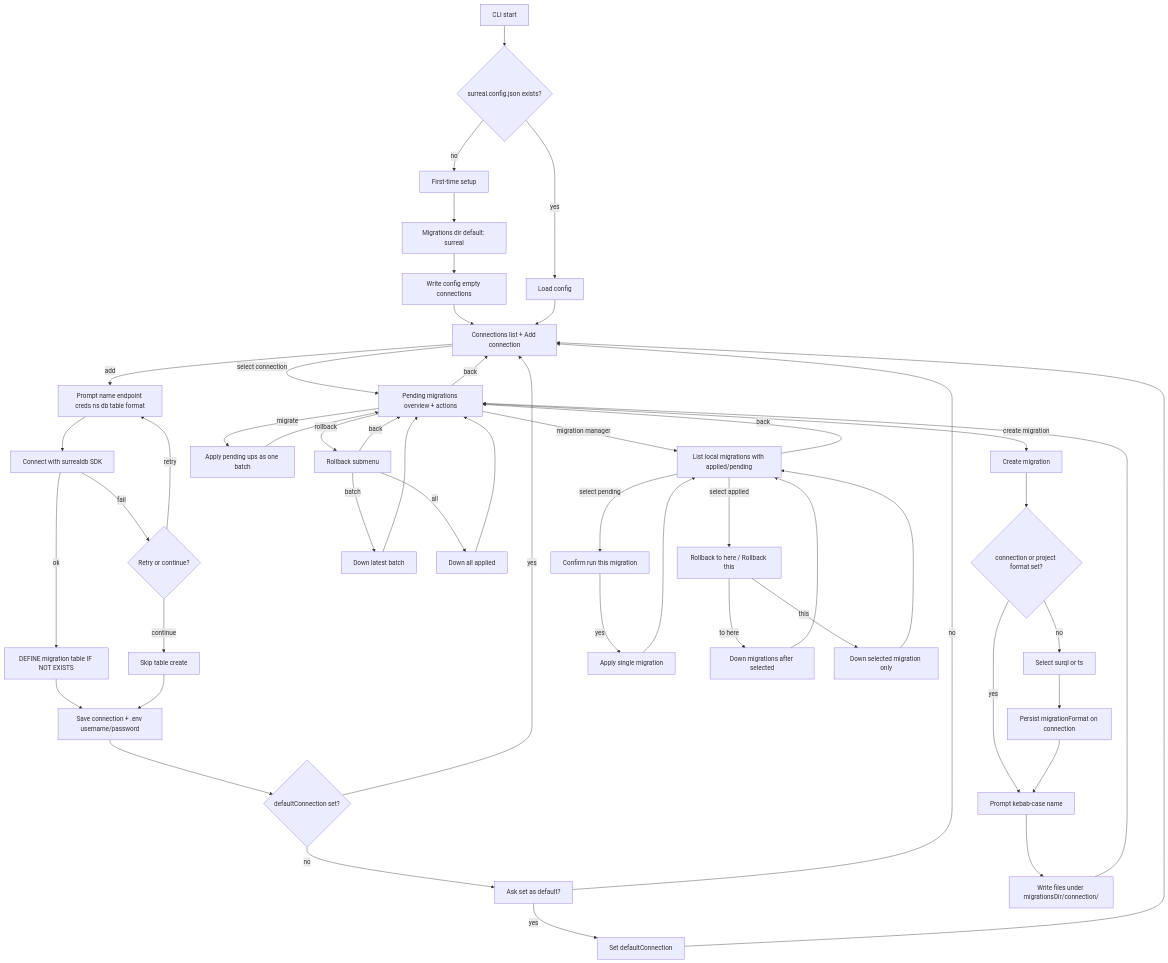
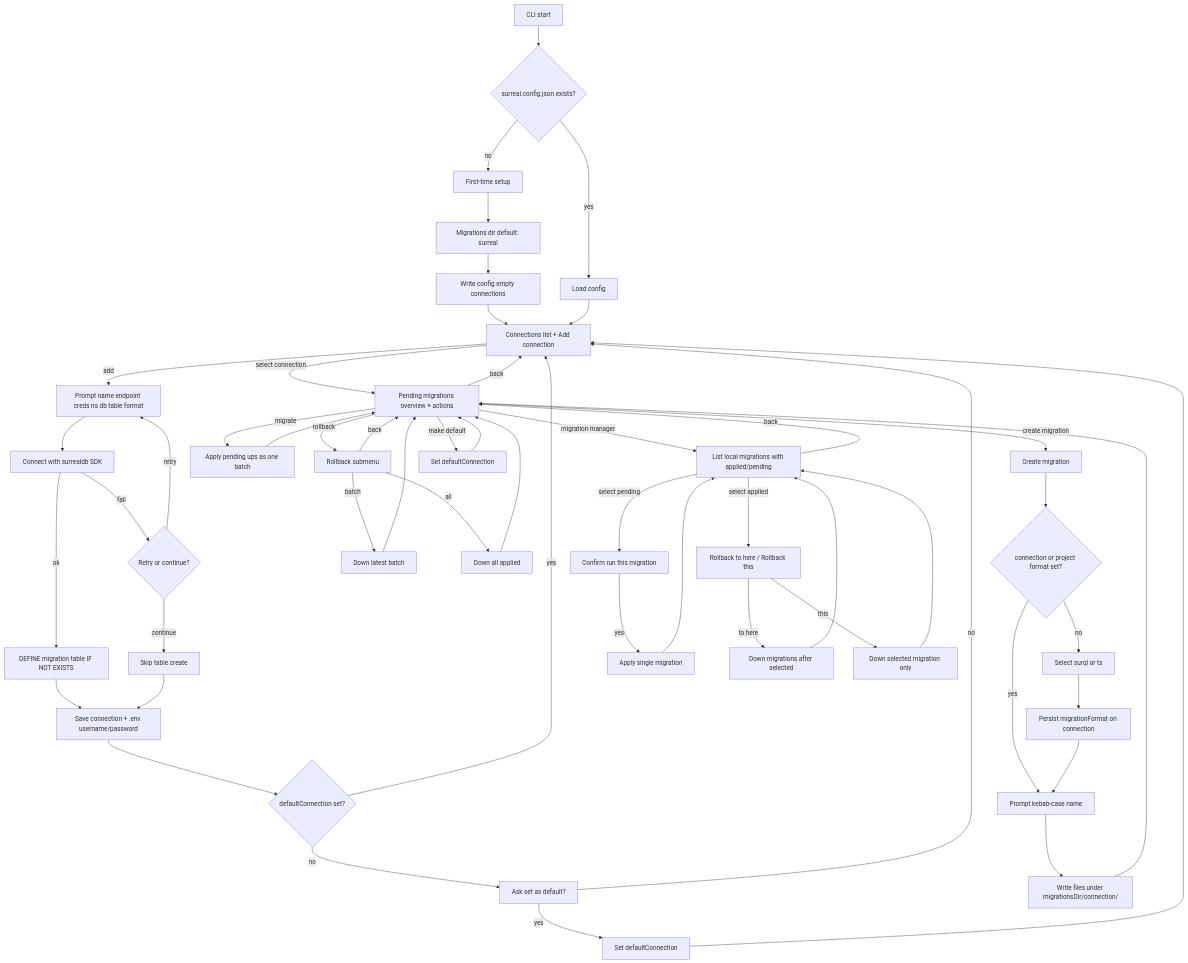
One commit to sneakylenny/surreal-migrator changed the diagram in docs/flow.md. Above: the diagram before and after it, drawn with Mermaid. The commit also changed 4 other files, not shown here.

First line of the commit message:
feat: add default connection management and update connection menu

````diff
--- a/docs/flow.md
+++ b/docs/flow.md
@@ -3,52 +3,54 @@
 ```mermaid
 flowchart TD
   start[CLI start] --> hasConfig{surreal.config.json exists?}
   hasConfig -->|no| setup[First-time setup]
   setup --> pathPrompt["Migrations dir default: surreal"]
   pathPrompt --> saveConfig["Write config empty connections"]
   hasConfig -->|yes| loadConfig[Load config]
   saveConfig --> connectionsMenu
   loadConfig --> connectionsMenu[Connections list + Add connection]
   connectionsMenu -->|select connection| connectionMenu[Pending migrations overview + actions]
   connectionsMenu -->|add| addConn["Prompt name endpoint creds ns db table format"]
   addConn --> verify[Connect with surrealdb SDK]
   verify -->|ok| ensureTable["DEFINE migration table IF NOT EXISTS"]
   verify -->|fail| retryOrContinue{Retry or continue?}
   retryOrContinue -->|retry| addConn
   retryOrContinue -->|continue| skipTable[Skip table create]
   ensureTable --> saveConn["Save connection + .env username/password"]
   skipTable --> saveConn
   saveConn --> hasDefault{defaultConnection set?}
   hasDefault -->|no| askDefault["Ask set as default?"]
   askDefault -->|yes| setDefault[Set defaultConnection]
   askDefault -->|no| connectionsMenu
   setDefault --> connectionsMenu
   hasDefault -->|yes| connectionsMenu
   connectionMenu -->|create migration| createMig[Create migration]
   createMig --> hasFormat{connection or project format set?}
   hasFormat -->|no| pickFormat["Select surql or ts"]
   pickFormat --> saveFormat[Persist migrationFormat on connection]
   hasFormat -->|yes| namePrompt
   saveFormat --> namePrompt["Prompt kebab-case name"]
   namePrompt --> writeFiles["Write files under migrationsDir/connection/"]
   writeFiles --> connectionMenu
   connectionMenu -->|migrate| migrateUp["Apply pending ups as one batch"]
   connectionMenu -->|rollback| rollbackMenu[Rollback submenu]
   rollbackMenu -->|batch| rollbackBatch["Down latest batch"]
   rollbackMenu -->|all| rollbackAll["Down all applied"]
   rollbackMenu -->|back| connectionMenu
   connectionMenu -->|migration manager| managerList["List local migrations with applied/pending"]
   managerList -->|select pending| confirmRun["Confirm run this migration"]
   confirmRun -->|yes| migrateOne["Apply single migration"]
   managerList -->|select applied| appliedMenu["Rollback to here / Rollback this"]
   appliedMenu -->|to here| rollbackAfter["Down migrations after selected"]
   appliedMenu -->|this| rollbackOne["Down selected migration only"]
   migrateUp --> connectionMenu
   rollbackBatch --> connectionMenu
   rollbackAll --> connectionMenu
   migrateOne --> managerList
   rollbackAfter --> managerList
   rollbackOne --> managerList
   managerList -->|back| connectionMenu
+  connectionMenu -->|make default| setDefaultFromMenu[Set defaultConnection]
+  setDefaultFromMenu --> connectionMenu
   connectionMenu -->|back| connectionsMenu
 ```
````
